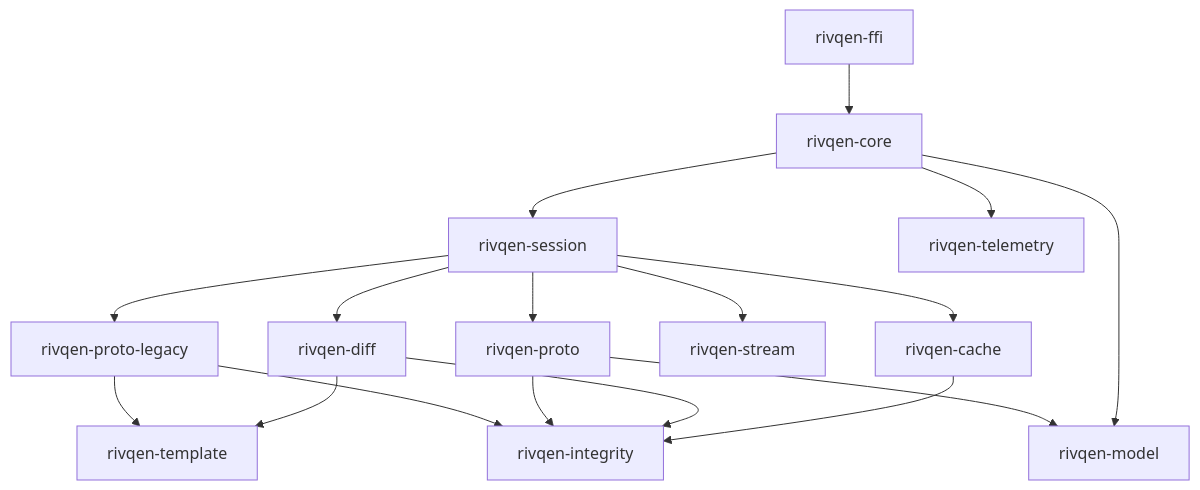
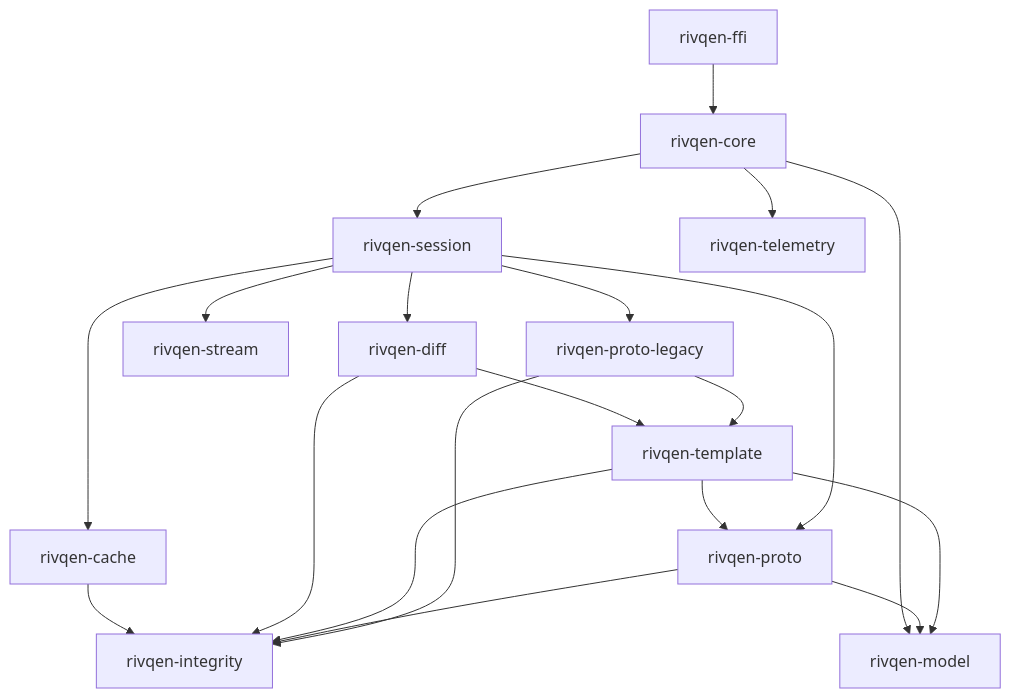
One commit to robotoss/rivqen changed the diagram in docs/engineering/core/index.md. Above: the diagram before and after it, drawn with Mermaid. The commit also changed 1 other file, not shown here.

Commit message:
docs(wp-06): template engine status and crate graph after S1

````diff
--- a/docs/engineering/core/index.md
+++ b/docs/engineering/core/index.md
@@ -40,19 +40,22 @@
 ```mermaid
 flowchart TD
   ffi[rivqen-ffi] --> core[rivqen-core]
   core --> session[rivqen-session]
   core --> tele[rivqen-telemetry]
   session --> p1[rivqen-proto-legacy]
   session --> p2[rivqen-proto]
   session --> cache[rivqen-cache]
   session --> stream[rivqen-stream]
   session --> diff[rivqen-diff]
   p1 --> tpl[rivqen-template]
   p1 --> integ[rivqen-integrity]
   p2 --> integ
   diff --> tpl
+  tpl --> p2
+  tpl --> integ
+  tpl --> model
   diff --> integ
   cache --> integ
   p2 --> model[rivqen-model]
   core --> model
 ```
````
